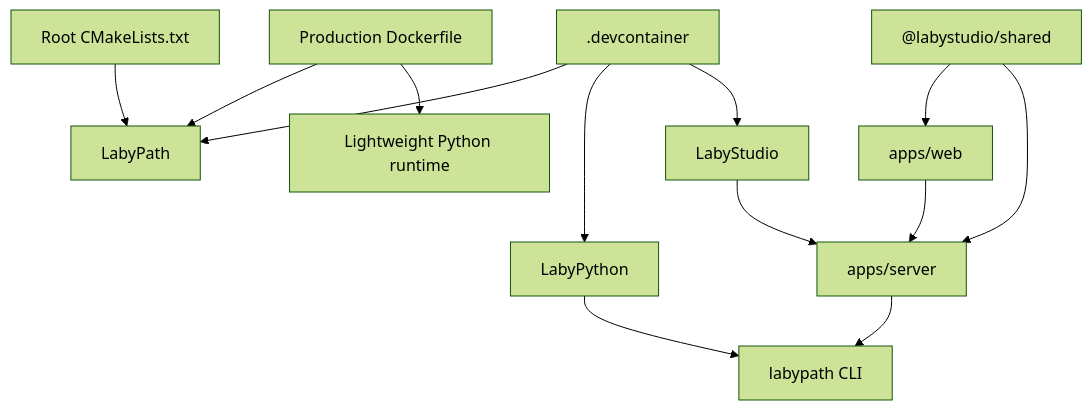
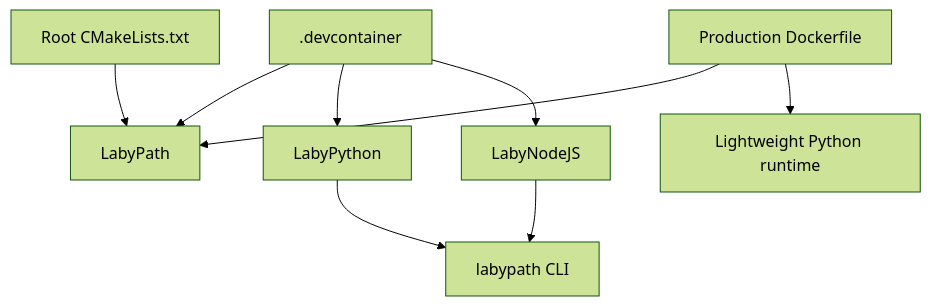
The diagram in README.md (luckyrantanplan/labyc), drawn with Mermaid (forest theme) before and after one commit. The commit also changed other lines of this file and 32 other files, not shown here.

First line of the commit message:
Add tests and TypeScript configuration for LabyNodeJS orchestration

````diff
--- a/README.md
+++ b/README.md
@@ -23,18 +23,13 @@
 ```mermaid
 graph TD
     DevContainer[.devcontainer] --> LabyPath
     DevContainer --> LabyPython
-    DevContainer --> LabyStudio
+    DevContainer --> LabyNodeJS
 
     RootCMake[Root CMakeLists.txt] --> LabyPath
     DockerImage[Production Dockerfile] --> LabyPath
     DockerImage --> PythonRuntime["Lightweight Python runtime"]
 
-    Shared["@labystudio/shared"] --> Web[apps/web]
-    Shared --> Server[apps/server]
-    Server --> LabypathCLI["labypath CLI"]
-
+    LabyNodeJS --> LabypathCLI["labypath CLI"]
     LabyPython --> LabypathCLI
-    LabyStudio --> Server
-    Web --> Server
 ```
````
